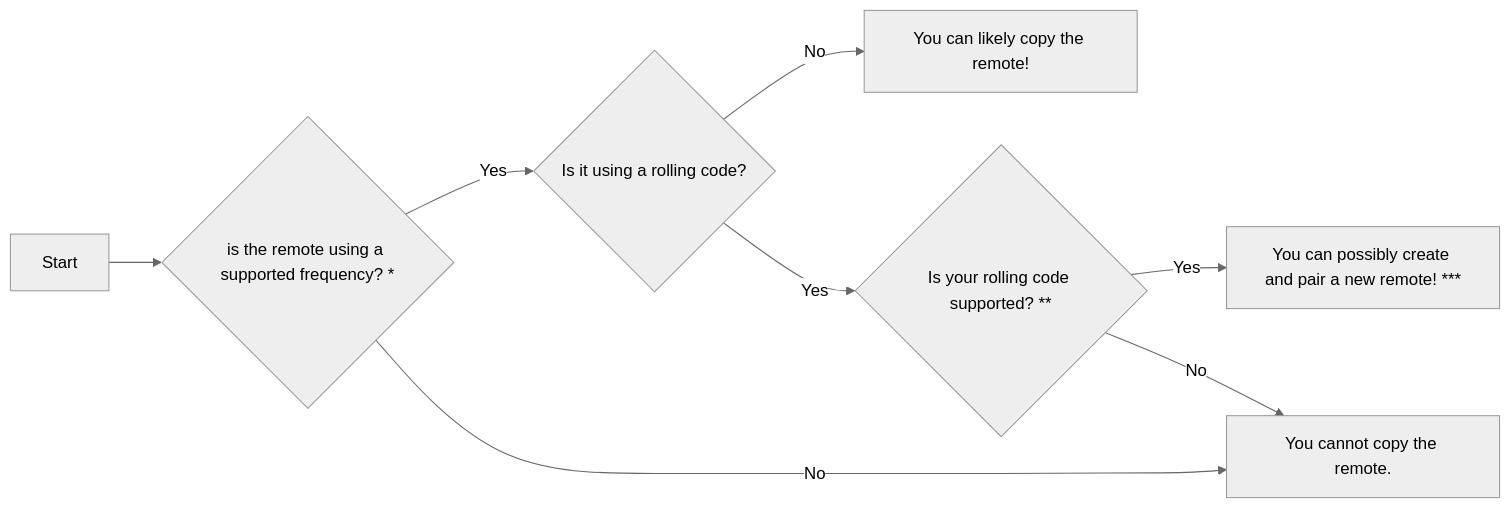
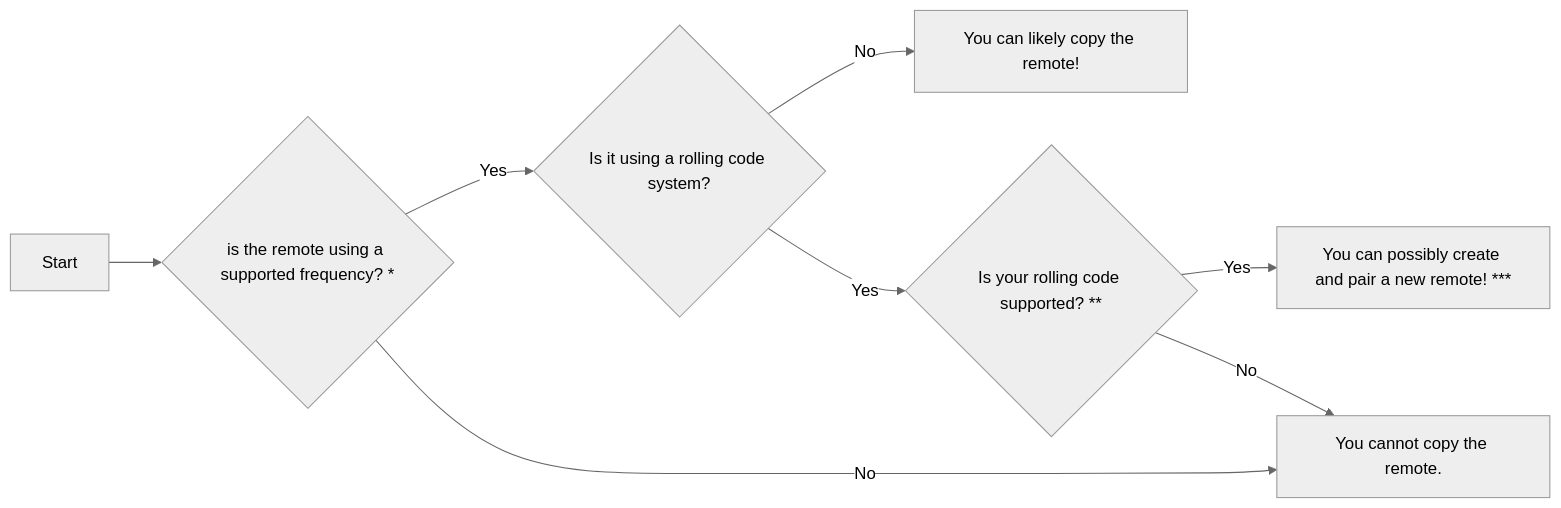
Before and after one commit to Flipper-Community/flipper-community-wiki: the diagram in flip-wiki/docs/faq-general.md, drawn with Mermaid (neutral theme). The commit also changed other lines of this file, not shown here.

````diff
--- a/flip-wiki/docs/faq-general.md
+++ b/flip-wiki/docs/faq-general.md
@@ -54,10 +64,10 @@
 ``` mermaid
 graph LR
   A[Start] --> B{is the remote using a supported frequency? * };
-  B --> |Yes| C{Is it using a rolling code?};
+  B --> |Yes| C{Is it using a rolling code system?};
   B --> |No| D[You cannot copy the remote.];
   C --> |No| F[You can likely copy the remote!];
   C --> |Yes| E{Is your rolling code supported? **};
   E --> |Yes| G[You can possibly create and pair a new remote! ***];
   E --> |No| D;
 ```
````
